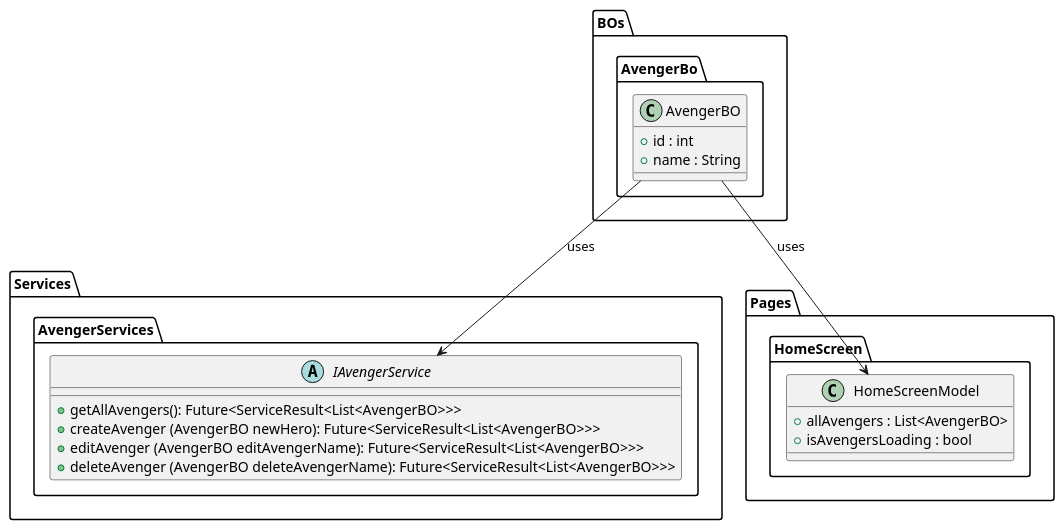
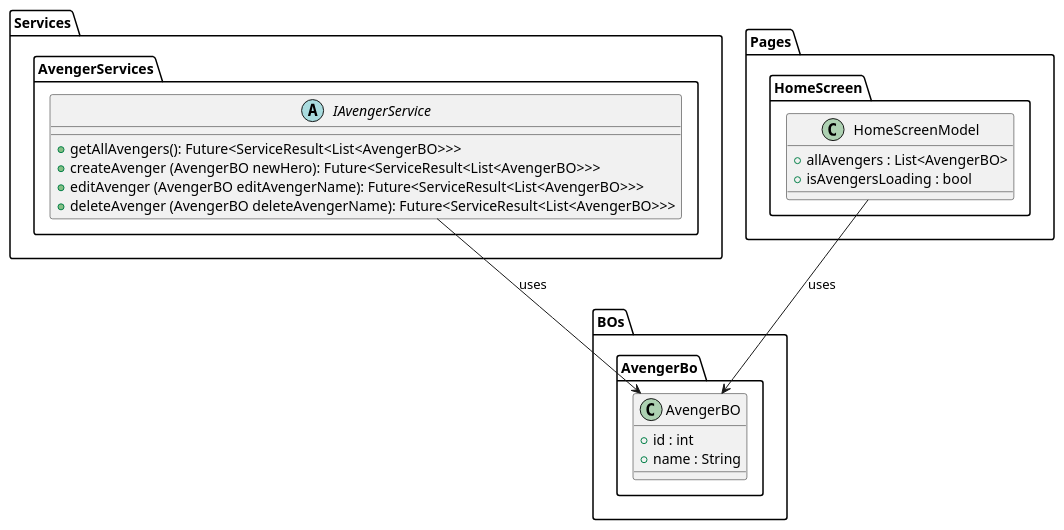
The diagram in lib/BO/AvengerBO/Design/AvengerBo_Class.puml (ThirumuruganArumugam/API-CRUD), drawn with PlantUML before and after one commit.

Commit message:
fourth commit

```diff
--- a/lib/BO/AvengerBO/Design/AvengerBo_Class.puml
+++ b/lib/BO/AvengerBO/Design/AvengerBo_Class.puml
@@ -1,42 +1,42 @@
 @startuml Services Class Diagram
 
 package Services{
     package AvengerServices{
         abstract class IAvengerService{
             + getAllAvengers(): Future<ServiceResult<List<AvengerBO>>>
             + createAvenger (AvengerBO newHero): Future<ServiceResult<List<AvengerBO>>>
             + editAvenger (AvengerBO editAvengerName): Future<ServiceResult<List<AvengerBO>>>
             + deleteAvenger (AvengerBO deleteAvengerName): Future<ServiceResult<List<AvengerBO>>>
 
         }
     }
 }
 
 
 package BOs{
     package AvengerBo{
         class AvengerBO{
             + id : int
             + name : String
         }
     }
 }
 
 
 package Pages{
     package HomeScreen{
 
         class HomeScreenModel{
             + allAvengers : List<AvengerBO>
             + isAvengersLoading : bool
         }
     }
 
 }
 
 
-AvengerBO --> HomeScreenModel : uses
-AvengerBO --> IAvengerService : uses
+HomeScreenModel --> AvengerBO : uses
+IAvengerService --> AvengerBO : uses
 
 
 @enduml
```
